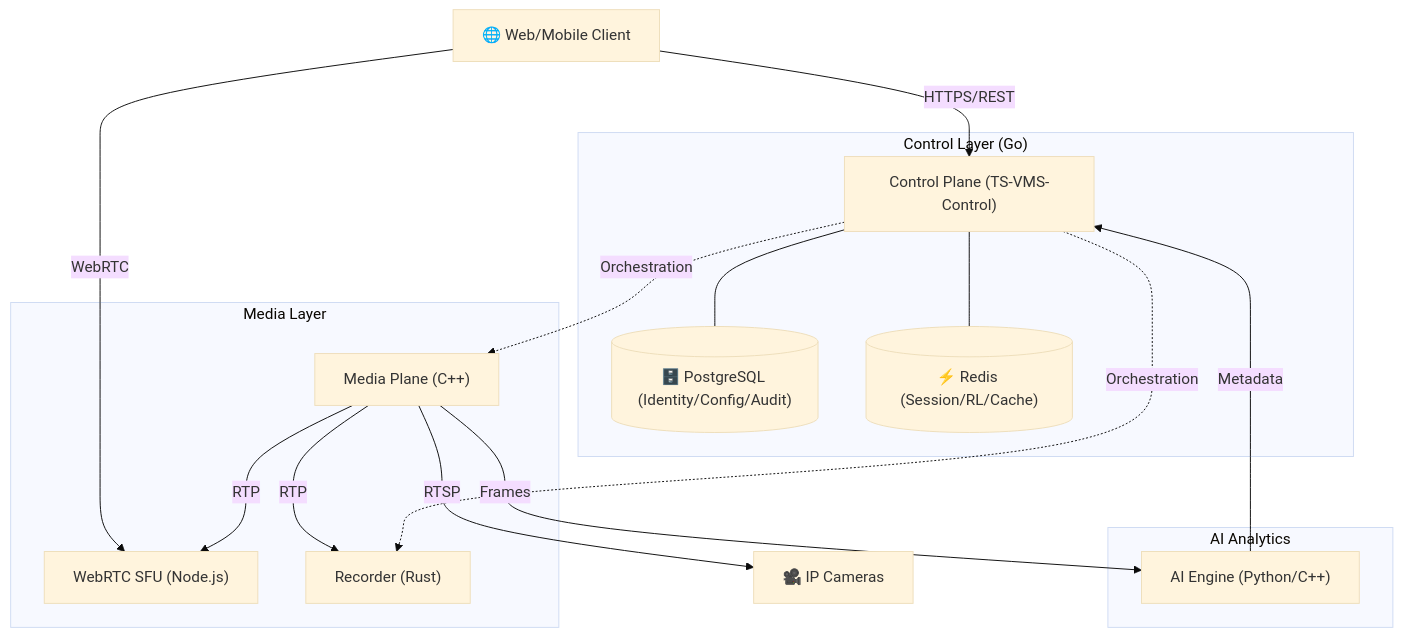
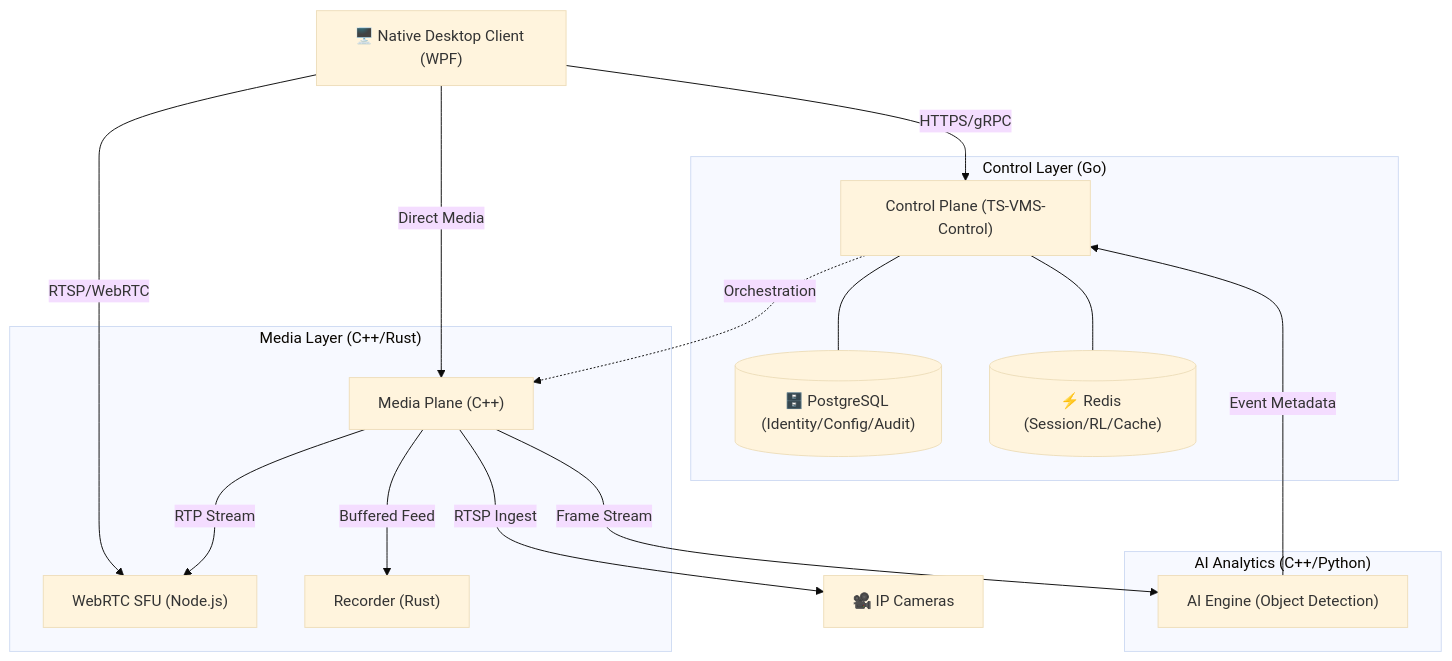
Before and after one commit to SudharshanMutalik46/ts-vms-v1.0: the diagram in README.md, drawn with Mermaid (base theme). The commit also changed other lines of this file, not shown here.

Commit message:
docs: Update Architecture Overview to focus on Desktop Client

````diff
--- a/README.md
+++ b/README.md
@@ -9,35 +9,35 @@
 ```mermaid
 graph TD
-    Client["🌐 Web/Mobile Client"] 
+    Client["🖥️ Native Desktop Client (WPF)"] 
     
     subgraph "Control Layer (Go)"
         Control["Control Plane (TS-VMS-Control)"]
         DB[("🗄️ PostgreSQL (Identity/Config/Audit)")]
         Redis[("⚡ Redis (Session/RL/Cache)")]
     end
 
-    subgraph "Media Layer"
+    subgraph "Media Layer (C++/Rust)"
         Media["Media Plane (C++)"]
         SFU["WebRTC SFU (Node.js)"]
         Recorder["Recorder (Rust)"]
     end
 
-    subgraph "AI Analytics"
-        AI["AI Engine (Python/C++)"]
+    subgraph "AI Analytics (C++/Python)"
+        AI["AI Engine (Object Detection)"]
     end
 
-    Client -->|HTTPS/REST| Control
-    Client -->|WebRTC| SFU
+    Client -->|HTTPS/gRPC| Control
+    Client -->|RTSP/WebRTC| SFU
+    Client -->|Direct Media| Media
     
     Control --- DB
     Control --- Redis
     
-    Media -->|RTSP| Camera["🎥 IP Cameras"]
-    Media -->|RTP| SFU
-    Media -->|RTP| Recorder
-    Media -->|Frames| AI
+    Media -->|RTSP Ingest| Camera["🎥 IP Cameras"]
+    Media -->|RTP Stream| SFU
+    Media -->|Buffered Feed| Recorder
+    Media -->|Frame Stream| AI
     
-    AI -->|Metadata| Control
+    AI -->|Event Metadata| Control
     Control -.->|Orchestration| Media
-    Control -.->|Orchestration| Recorder
 ```
````
